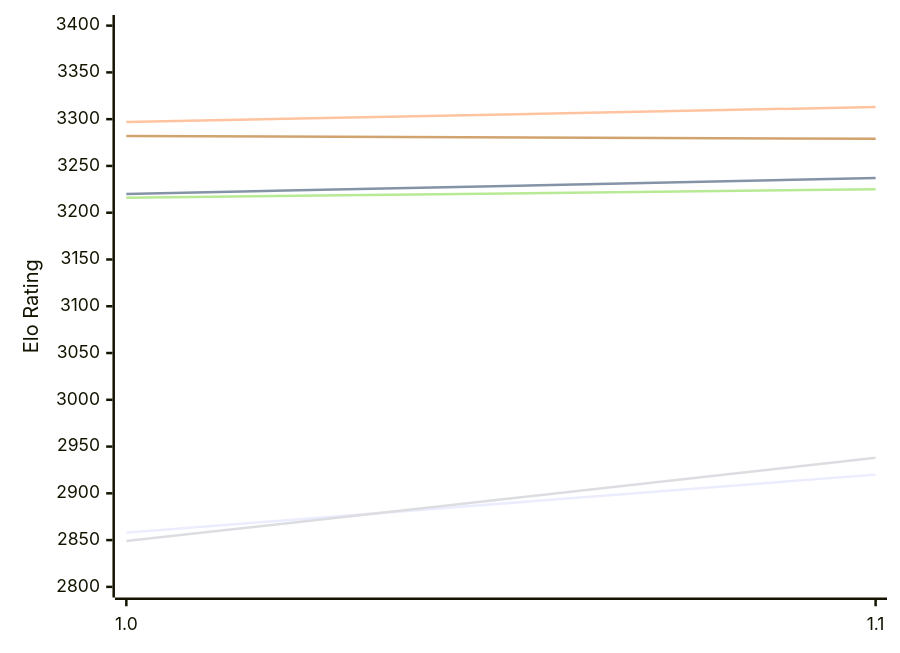
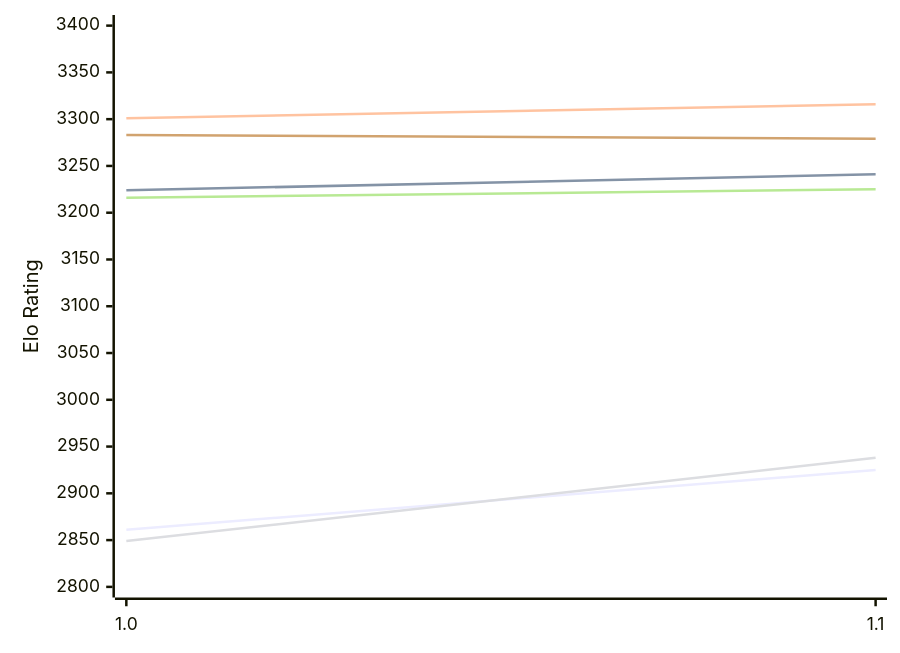
The first of 2 diagrams in engines/RodentV.md (computer-chess-index/cci), drawn with Mermaid before and after one commit. The commit also changed other lines of this file, not shown here.

Commit message:
Update CCI Ratings (ELO VLTC) - 2026-11-22

````diff
--- a/engines/RodentV.md
+++ b/engines/RodentV.md
@@ -50,12 +50,12 @@
 ```mermaid
 %%{init: {"theme":"base","themeVariables":{"seriesColors:['#a3a3a3','#222221','#faa371']}}}%%
 xychart-beta
   x-axis ["1.0", "1.1"]
   y-axis "Elo Rating" 2800 --> 3400
-  line "E1: STC (8.0+0.08s)" [2858, 2920]
-  line "E1: LTC (60.0+0.60s)" [3220, 3237]
-  line "E1: VLTC (2m24s+1.12s)" [3297, 3313]
+  line "E1: STC (8.0+0.08s)" [2861, 2925]
+  line "E1: LTC (60.0+0.60s)" [3224, 3241]
+  line "E1: VLTC (2m24s+1.12s)" [3301, 3316]
   line "P1: STC (8.0+0.08s)" [2849, 2938]
   line "P1: LTC (60.0+0.60s)" [3216, 3225]
-  line "P1: VLTC (2m24s+1.12s)" [3282, 3279]
+  line "P1: VLTC (2m24s+1.12s)" [3283, 3279]
 ```
````
